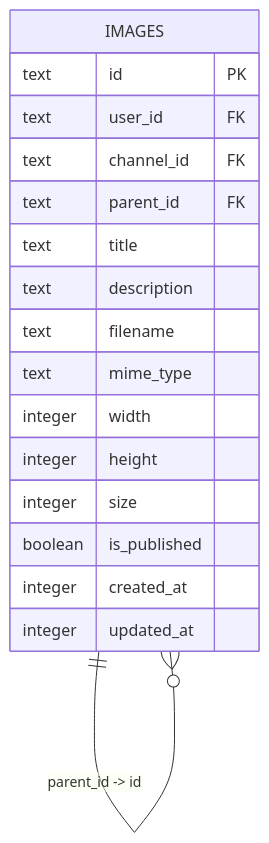
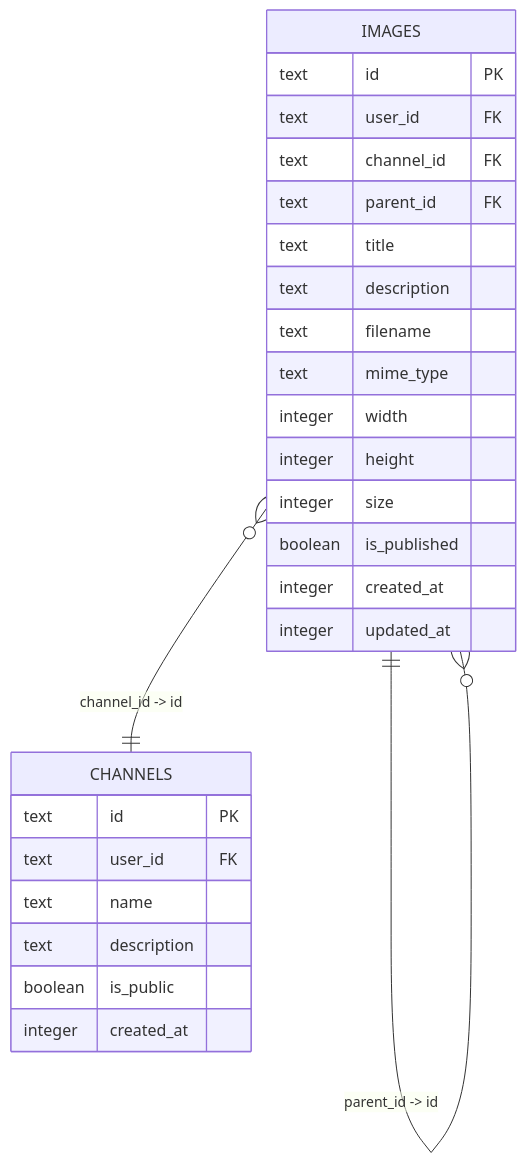
The fifth of 7 diagrams in .qoder/repowiki/zh/content/前端组件/图片树形表格组件.md (pnnh/weable), drawn with Mermaid before and after one commit. The commit also changed other lines of this file and 154 other files, not shown here.

````diff
--- a/.qoder/repowiki/zh/content/前端组件/图片树形表格组件.md
+++ b/.qoder/repowiki/zh/content/前端组件/图片树形表格组件.md
@@ -259,20 +272,29 @@
 ```mermaid
 erDiagram
 IMAGES {
 text id PK
 text user_id FK
 text channel_id FK
 text parent_id FK
 text title
 text description
 text filename
 text mime_type
 integer width
 integer height
 integer size
 boolean is_published
 integer created_at
 integer updated_at
 }
+CHANNELS {
+text id PK
+text user_id FK
+text name
+text description
+boolean is_public
+integer created_at
+}
 IMAGES ||--o{ IMAGES : "parent_id -> id"
+IMAGES }o--|| CHANNELS : "channel_id -> id"
 ```
````
